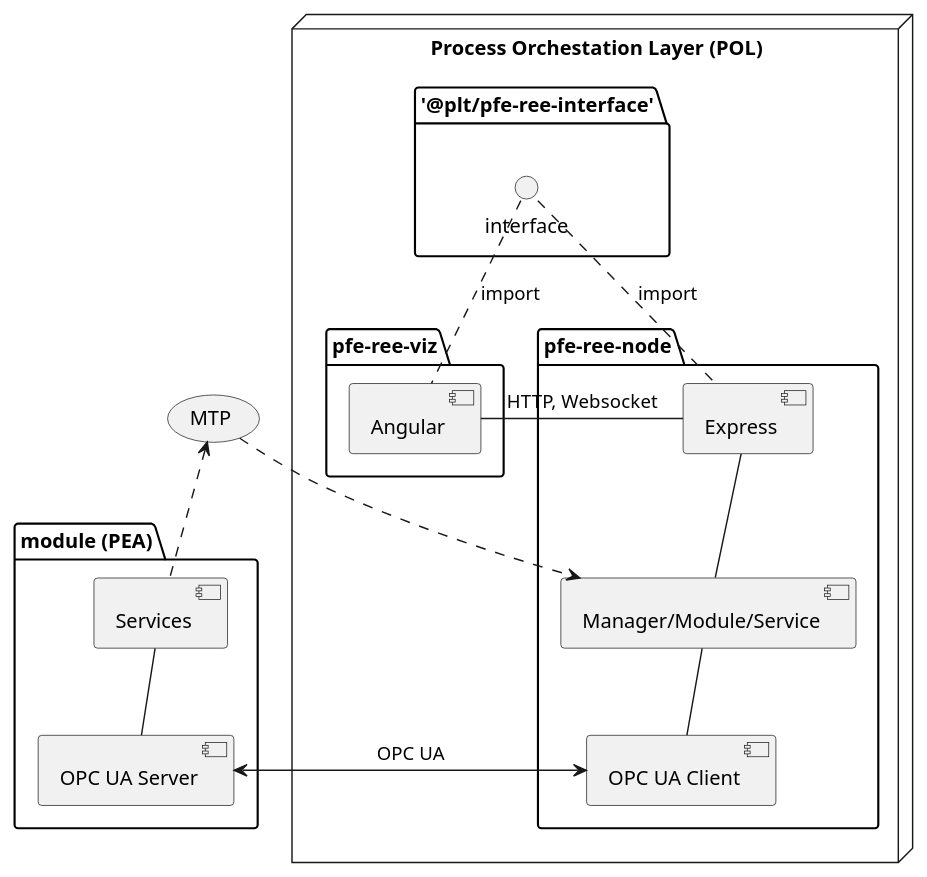
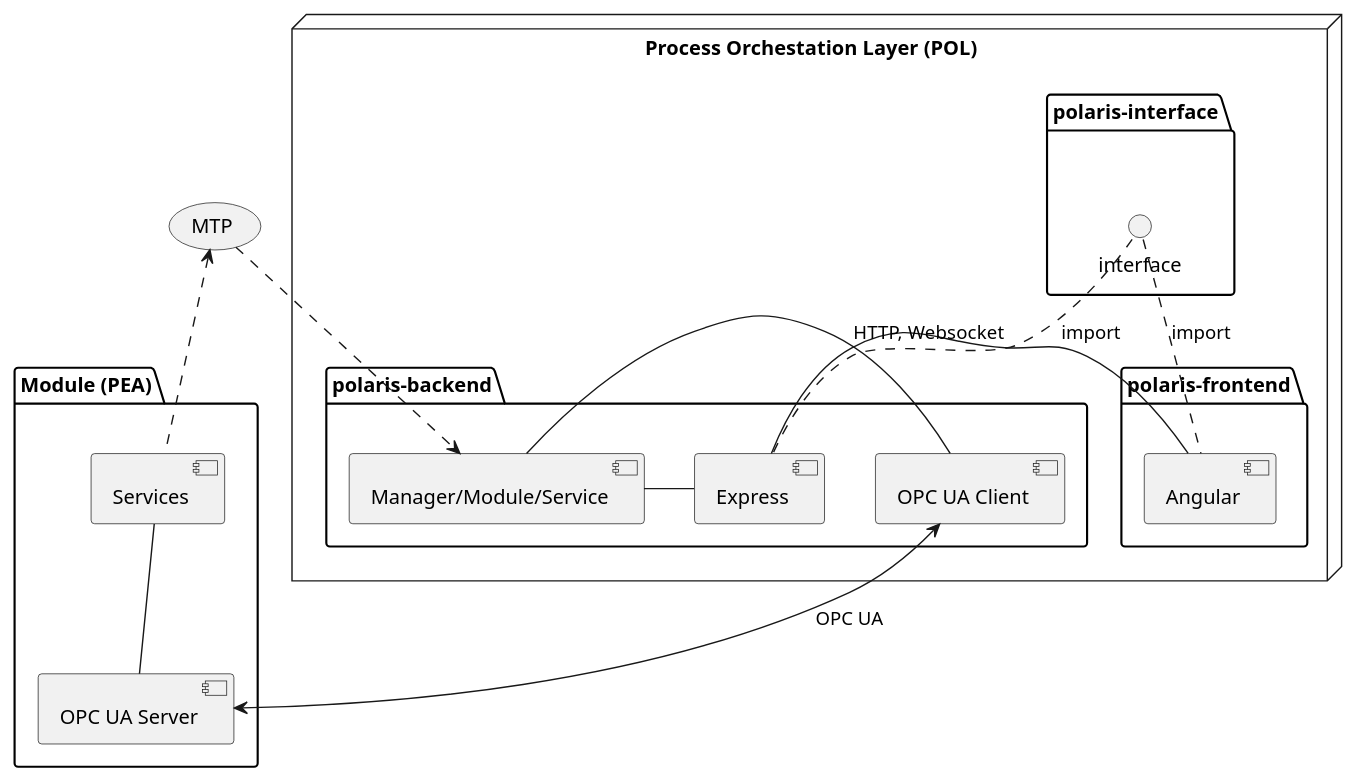
One commit to p2o-lab/polaris-backend changed the diagram in componentdiagram.puml. Above: the diagram before and after it, drawn with PlantUML. The commit also changed 3 other files, not shown here.

```diff
--- a/componentdiagram.puml
+++ b/componentdiagram.puml
@@ -1,32 +1,32 @@
 @startuml
 
 
 
-package "module (PEA)" {
+package "Module (PEA)" {
     [Services] -- [OPC UA Server]
 }
 
 node "Process Orchestation Layer (POL)" {
-    package "pfe-ree-node" {
-        [Express] -- [Manager/Module/Service]
-        [Manager/Module/Service] -- [OPC UA Client]
+    package "polaris-backend" {
+        [Express] - [Manager/Module/Service]
+        [Manager/Module/Service] - [OPC UA Client]
     }
 
-    package "pfe-ree-viz" {
+    package "polaris-frontend" {
         [Angular] -right- [Express] : HTTP, Websocket
     }
 
-    package '@plt/pfe-ree-interface' {
+    package "polaris-interface" {
         () interface as if
     }
 }
 
-if .down. [Express] : import
-if .down. [Angular] : import
+if .. [Express] : import
+if .. [Angular] : import
 
 [OPC UA Server] <-left-> [OPC UA Client] : OPC UA
 
-(MTP) <.down. [Services]
-(MTP) .down.> [Manager/Module/Service]
+(MTP) <.. [Services]
+(MTP) ..> [Manager/Module/Service]
 
 @enduml
```
